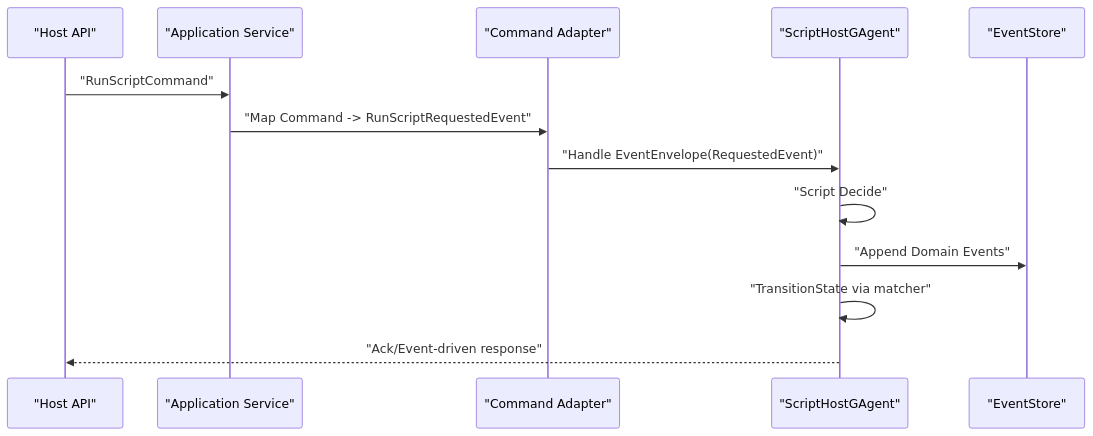
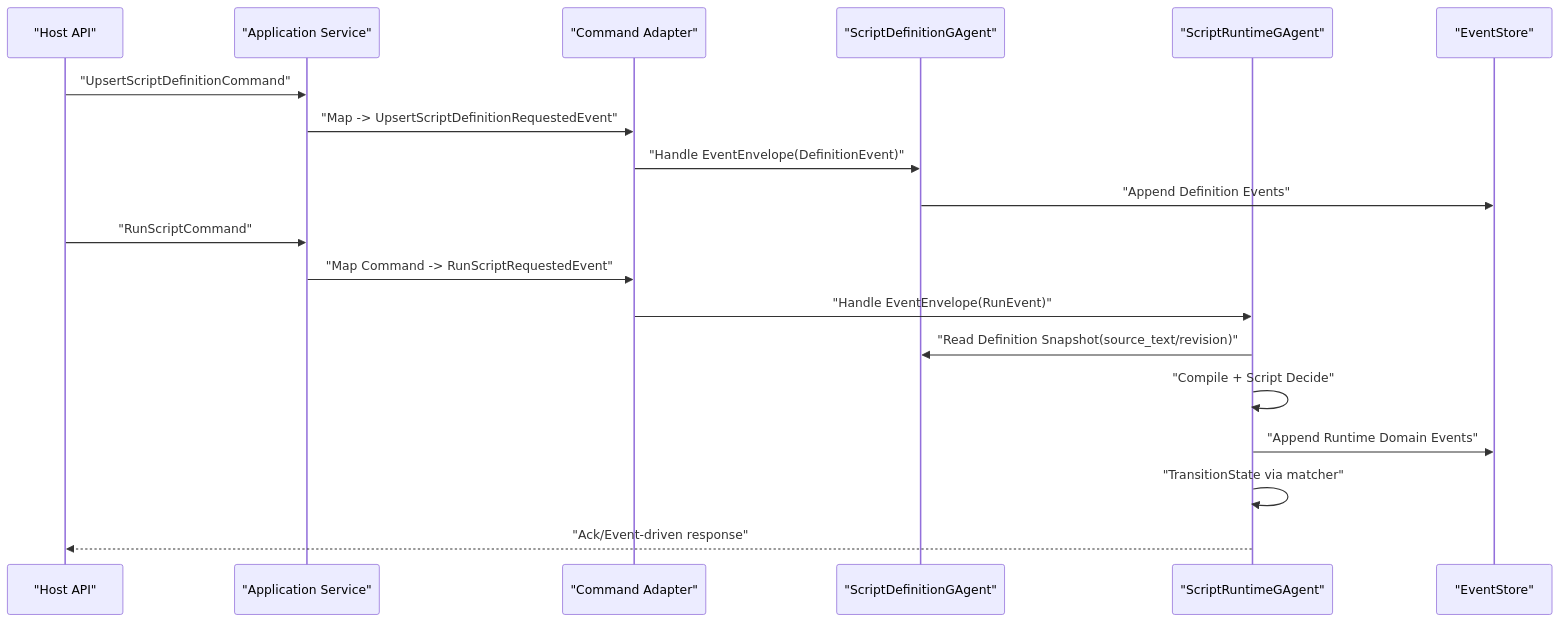
Before and after one commit to aevatarAI/aevatar: the second of 2 diagrams in docs/architecture/csharp-script-gagent-detailed-architecture.md, drawn with Mermaid. The commit also changed other lines of this file and 4 other files, not shown here.

First line of the commit message:
Update C# Script GAgent architecture to implement dual-GAgent model

````diff
--- a/docs/architecture/csharp-script-gagent-detailed-architecture.md
+++ b/docs/architecture/csharp-script-gagent-detailed-architecture.md
@@ -100,17 +123,23 @@
 ```mermaid
 %%{init: {"maxTextSize": 100000, "sequence": {"useMaxWidth": false, "actorMargin": 20, "messageMargin": 15, "diagramMarginX": 20, "diagramMarginY": 10}, "themeVariables": {"fontSize": "10px"}}}%%
 sequenceDiagram
     participant API as "Host API"
     participant APP as "Application Service"
     participant ADA as "Command Adapter"
-    participant ACT as "ScriptHostGAgent"
+    participant DEF as "ScriptDefinitionGAgent"
+    participant RUN as "ScriptRuntimeGAgent"
     participant ES as "EventStore"
 
+    API->>APP: "UpsertScriptDefinitionCommand"
+    APP->>ADA: "Map -> UpsertScriptDefinitionRequestedEvent"
+    ADA->>DEF: "Handle EventEnvelope(DefinitionEvent)"
+    DEF->>ES: "Append Definition Events"
     API->>APP: "RunScriptCommand"
     APP->>ADA: "Map Command -> RunScriptRequestedEvent"
-    ADA->>ACT: "Handle EventEnvelope(RequestedEvent)"
-    ACT->>ACT: "Script Decide"
-    ACT->>ES: "Append Domain Events"
-    ACT->>ACT: "TransitionState via matcher"
-    ACT-->>API: "Ack/Event-driven response"
+    ADA->>RUN: "Handle EventEnvelope(RunEvent)"
+    RUN->>DEF: "Read Definition Snapshot(source_text/revision)"
+    RUN->>RUN: "Compile + Script Decide"
+    RUN->>ES: "Append Runtime Domain Events"
+    RUN->>RUN: "TransitionState via matcher"
+    RUN-->>API: "Ack/Event-driven response"
 ```
````
